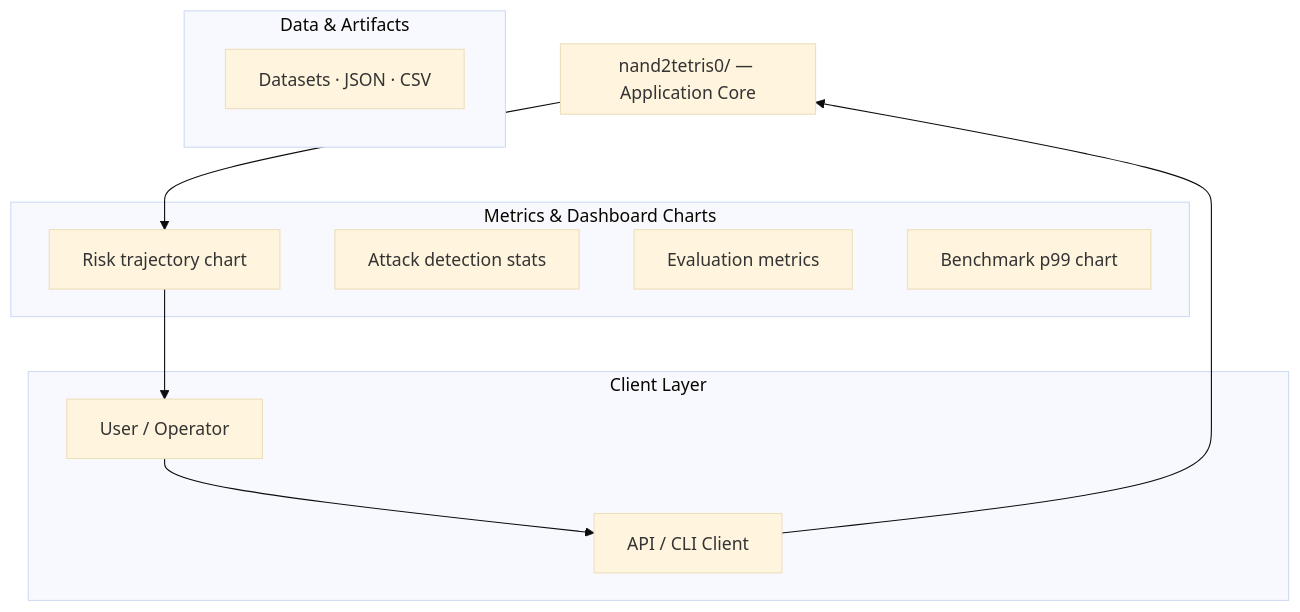
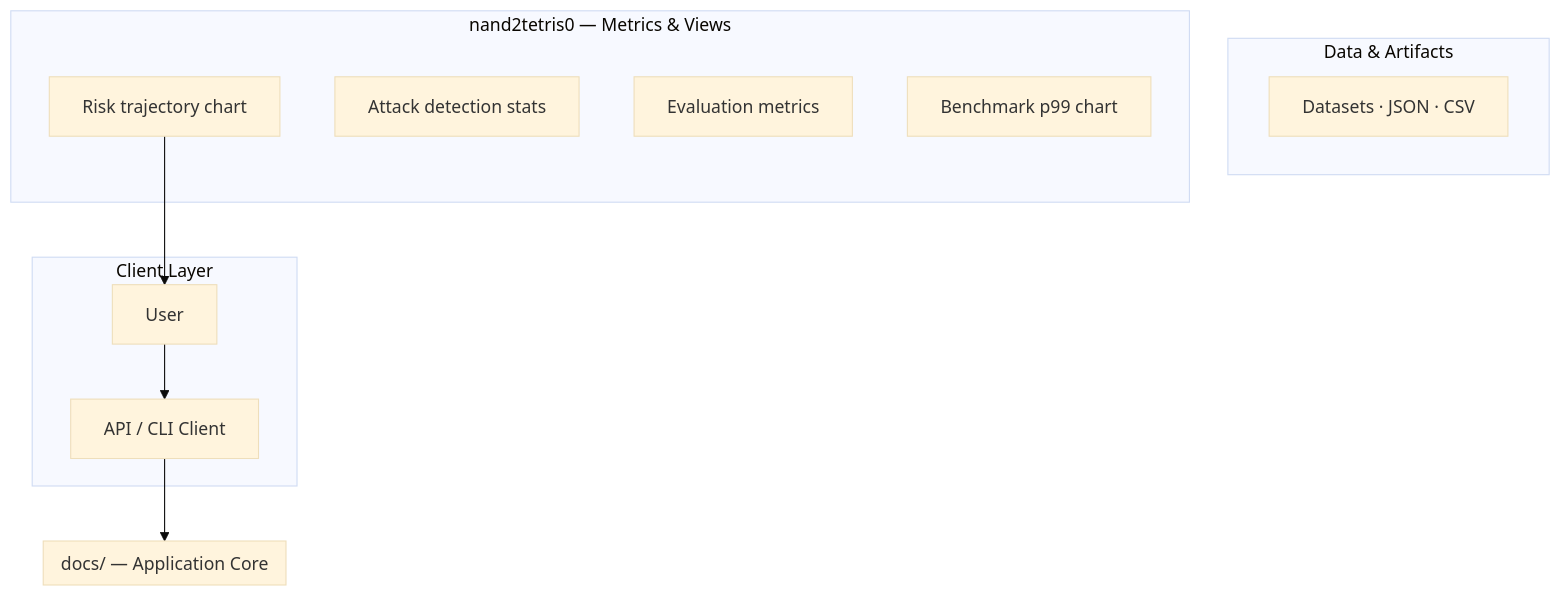
One commit to Punyamittal/nand2tetris0 changed the first of 3 diagrams in README.md. Above: the diagram before and after it, drawn with Mermaid (base theme). The commit also changed other lines of this file, not shown here.

````diff
--- a/README.md
+++ b/README.md
@@ -41,26 +25,25 @@
 ```mermaid
 graph TB
     subgraph Client["Client Layer"]
-        user["User / Operator"]
+        user["User"]
         api_client["API / CLI Client"]
     end
 
-    subgraph Core["nand2tetris0/ — Application Core"]
+    subgraph Core["docs/ — Application Core"]
     end
 
     subgraph Data["Data & Artifacts"]
         datasets["Datasets · JSON · CSV"]
     end
 
-    subgraph Charts["Metrics & Dashboard Charts"]
+    subgraph Charts["nand2tetris0 — Metrics & Views"]
         risk_trajectory["Risk trajectory chart"]
         attack_stats["Attack detection stats"]
         eval_metrics["Evaluation metrics"]
         benchmark_p99["Benchmark p99 chart"]
     end
 
     user --> api_client
     api_client --> Core
-    Core --> risk_trajectory
     risk_trajectory --> user
 ```
````
